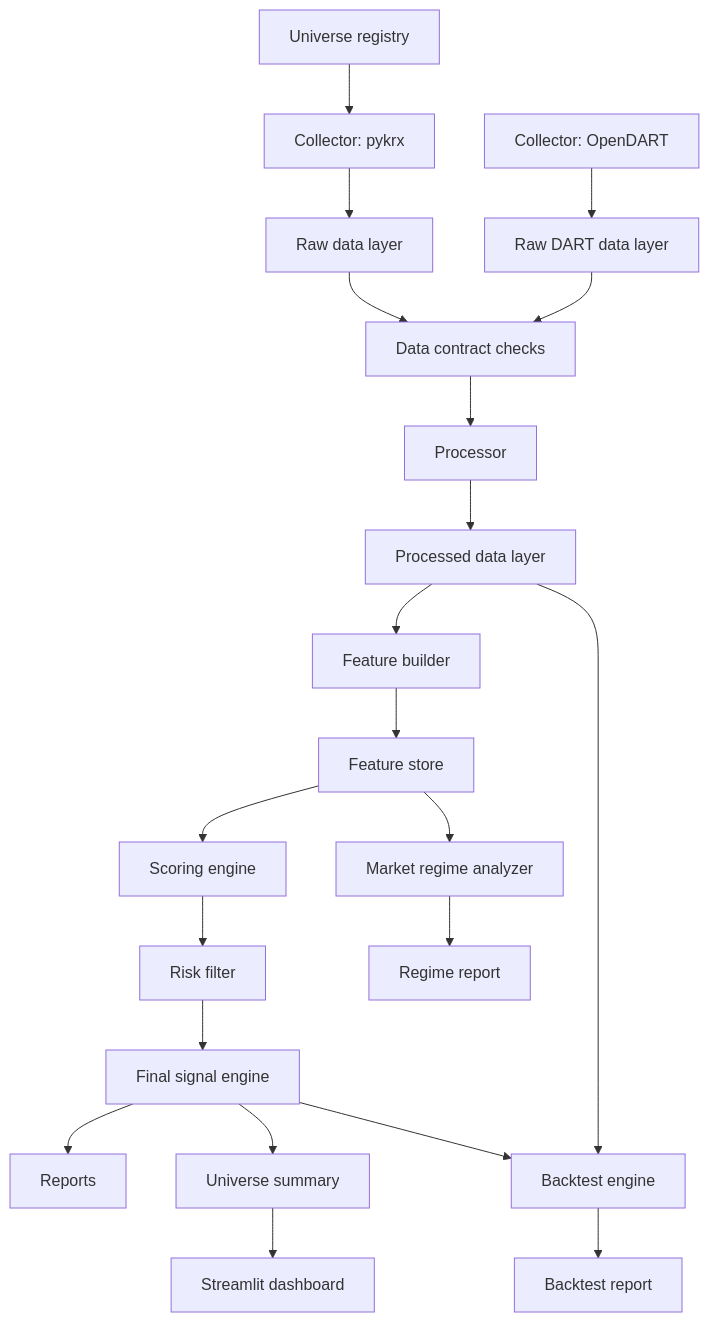
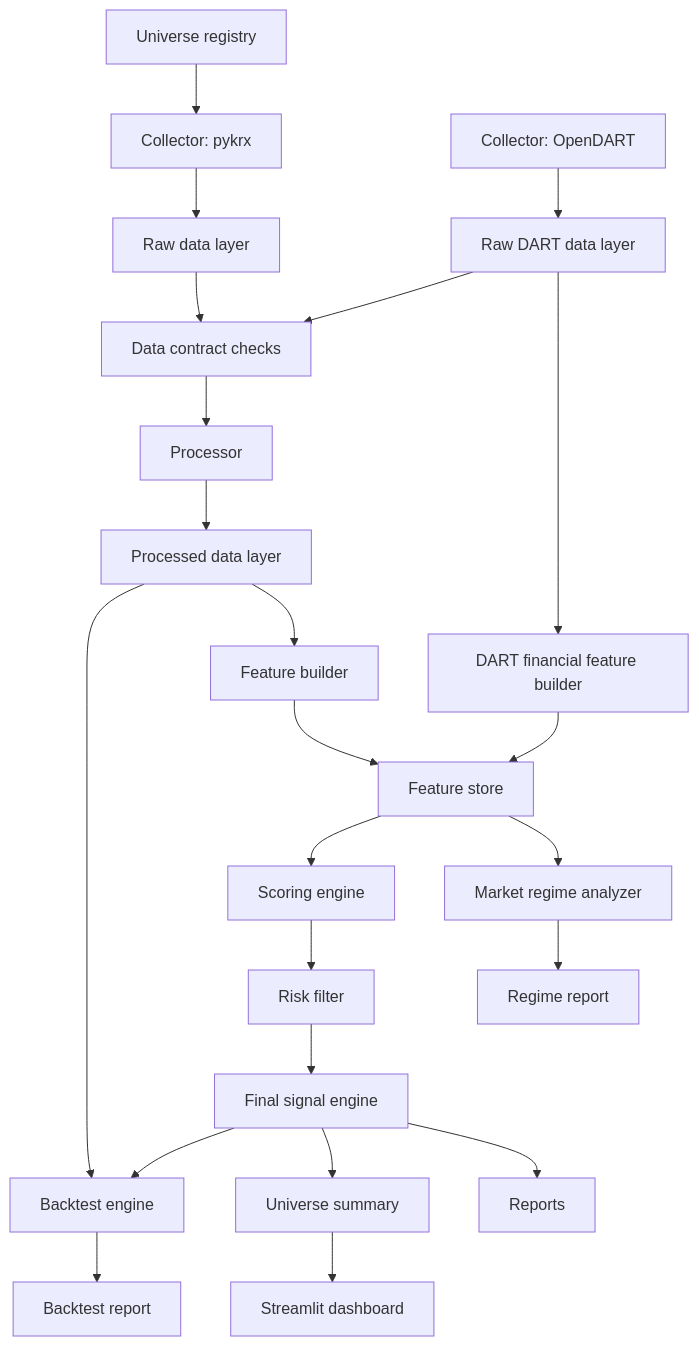
One commit to pkb0728-lgtm/krx-alpha-platform changed the diagram in docs/architecture.md. Above: the diagram before and after it, drawn with Mermaid. The commit also changed other lines of this file and 17 other files, not shown here.

Commit message:
Add OpenDART financial feature scoring

````diff
--- a/docs/architecture.md
+++ b/docs/architecture.md
@@ -11,23 +11,25 @@
 ```mermaid
 flowchart TD
     U["Universe registry"] --> A
     A["Collector: pykrx"] --> B["Raw data layer"]
     X["Collector: OpenDART"] --> Y["Raw DART data layer"]
+    Y --> Z["DART financial feature builder"]
+    Z --> G
     B --> C["Data contract checks"]
     Y --> C
     C --> D["Processor"]
     D --> E["Processed data layer"]
     E --> F["Feature builder"]
     F --> G["Feature store"]
     G --> R["Market regime analyzer"]
     G --> H["Scoring engine"]
     H --> I["Risk filter"]
     I --> J["Final signal engine"]
     J --> K["Reports"]
     J --> L["Universe summary"]
     L --> M["Streamlit dashboard"]
     J --> N["Backtest engine"]
     E --> N
     N --> O["Backtest report"]
     R --> P["Regime report"]
 ```
````
